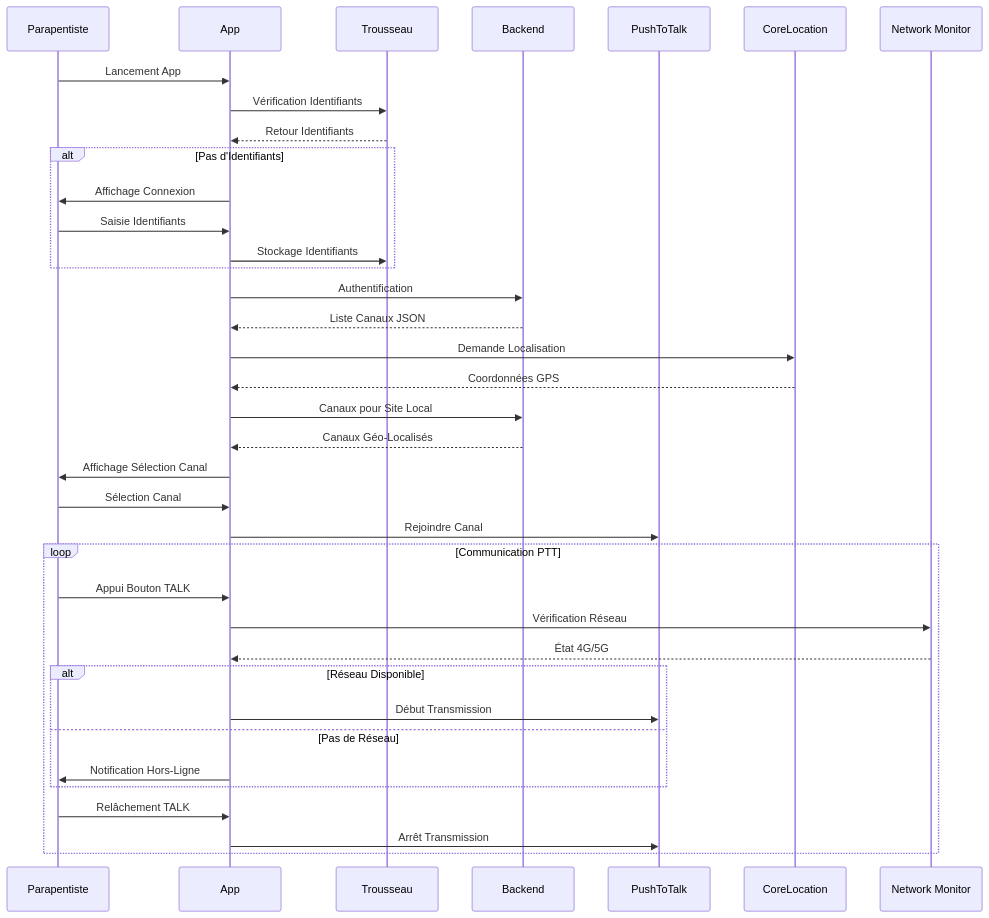
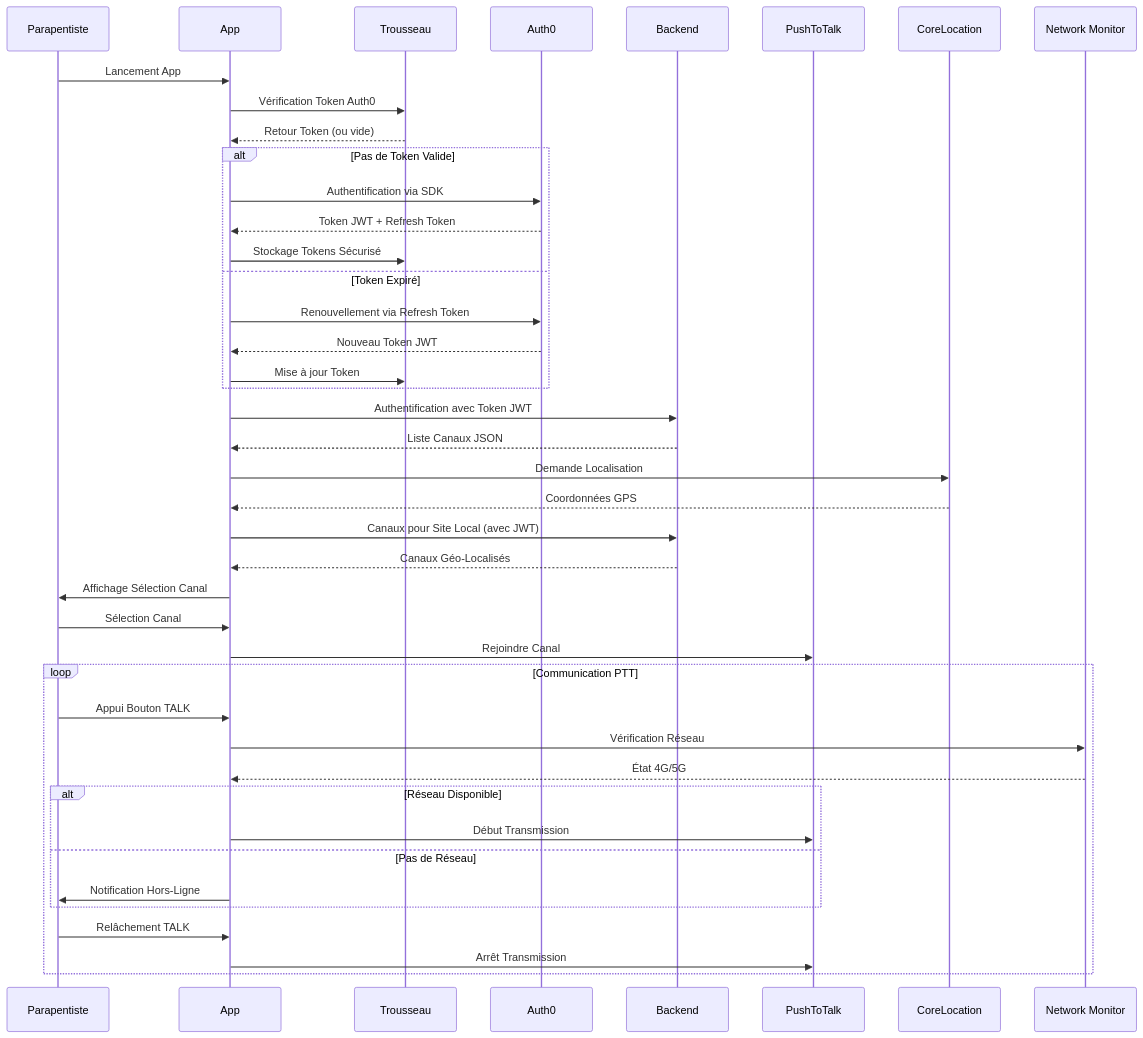
One commit to highcanfly-club/parawave-ptt changed the second of 6 diagrams in docs/ios_ptt_analysis.md. Above: the diagram before and after it, drawn with Mermaid. The commit also changed other lines of this file, not shown here.

Commit message:
feat: integrate auth0 sdk for client authentication

````diff
--- a/docs/ios_ptt_analysis.md
+++ b/docs/ios_ptt_analysis.md
@@ -135,45 +139,50 @@
 ```mermaid
 sequenceDiagram
     participant P as Parapentiste
     participant A as App
     participant K as Trousseau
+    participant AUTH0 as Auth0
     participant B as Backend
     participant PTT as PushToTalk
     participant L as CoreLocation
     participant N as Network Monitor
 
     P->>A: Lancement App
-    A->>K: Vérification Identifiants
-    K-->>A: Retour Identifiants
+    A->>K: Vérification Token Auth0
+    K-->>A: Retour Token (ou vide)
 
-    alt Pas d'Identifiants
-        A->>P: Affichage Connexion
-        P->>A: Saisie Identifiants
-        A->>K: Stockage Identifiants
+    alt Pas de Token Valide
+        A->>AUTH0: Authentification via SDK
+        AUTH0-->>A: Token JWT + Refresh Token
+        A->>K: Stockage Tokens Sécurisé
+    else Token Expiré
+        A->>AUTH0: Renouvellement via Refresh Token
+        AUTH0-->>A: Nouveau Token JWT
+        A->>K: Mise à jour Token
     end
 
-    A->>B: Authentification
+    A->>B: Authentification avec Token JWT
     B-->>A: Liste Canaux JSON
 
     A->>L: Demande Localisation
     L-->>A: Coordonnées GPS
-    A->>B: Canaux pour Site Local
+    A->>B: Canaux pour Site Local (avec JWT)
     B-->>A: Canaux Géo-Localisés
 
     A->>P: Affichage Sélection Canal
     P->>A: Sélection Canal
     A->>PTT: Rejoindre Canal
 
     loop Communication PTT
         P->>A: Appui Bouton TALK
         A->>N: Vérification Réseau
         N-->>A: État 4G/5G
         alt Réseau Disponible
             A->>PTT: Début Transmission
         else Pas de Réseau
             A->>P: Notification Hors-Ligne
         end
         P->>A: Relâchement TALK
         A->>PTT: Arrêt Transmission
     end
 ```
````
